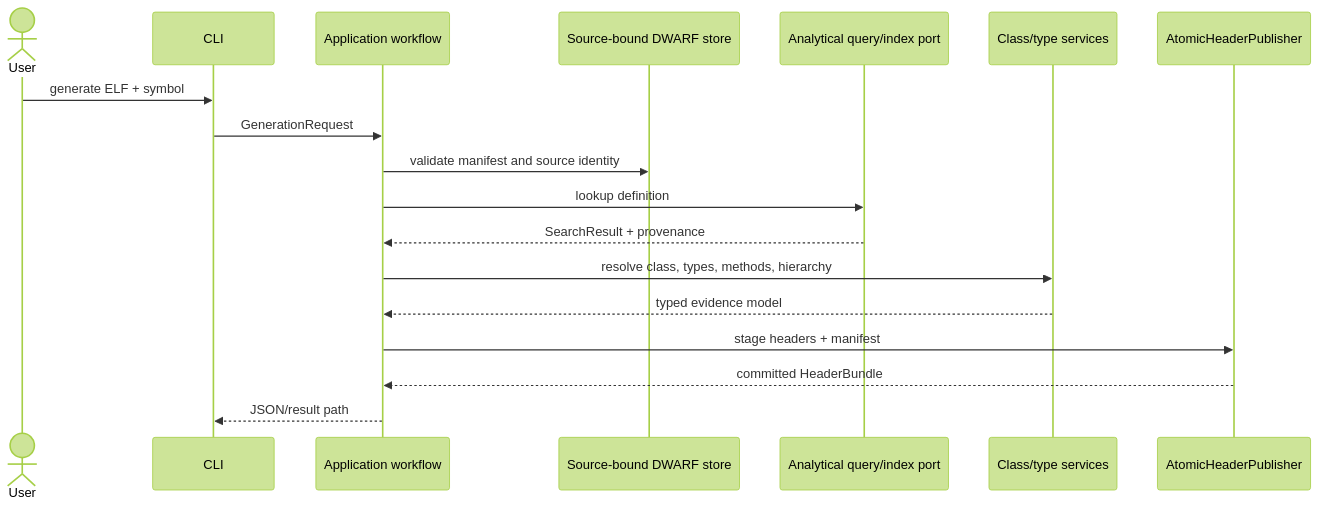
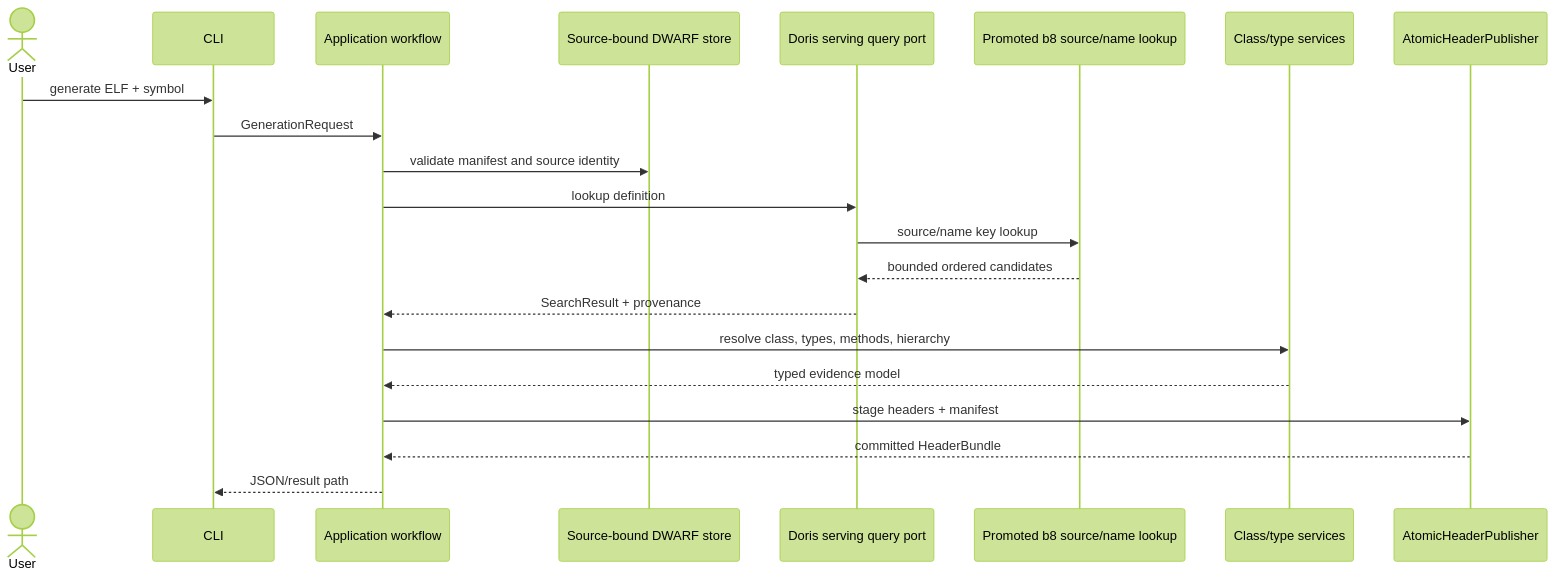
The first of 2 diagrams in docs/explanation/architecture/runtime.md (ddon-research/ddon-dwarf-reconstructor), drawn with Mermaid (forest theme) before and after one commit. The commit also changed other lines of this file and 55 other files, not shown here.

````diff
--- a/docs/explanation/architecture/runtime.md
+++ b/docs/explanation/architecture/runtime.md
@@ -5,21 +5,24 @@
 ```mermaid
 sequenceDiagram
     actor User
     participant CLI
     participant Workflow as Application workflow
     participant Store as Source-bound DWARF store
-    participant Index as Analytical query/index port
+    participant Index as Doris serving query port
+    participant Lookup as Promoted b8 source/name lookup
     participant Parser as Class/type services
     participant Publisher as AtomicHeaderPublisher
 
     User->>CLI: generate ELF + symbol
     CLI->>Workflow: GenerationRequest
     Workflow->>Store: validate manifest and source identity
     Workflow->>Index: lookup definition
+    Index->>Lookup: source/name key lookup
+    Lookup-->>Index: bounded ordered candidates
     Index-->>Workflow: SearchResult + provenance
     Workflow->>Parser: resolve class, types, methods, hierarchy
     Parser-->>Workflow: typed evidence model
     Workflow->>Publisher: stage headers + manifest
     Publisher-->>Workflow: committed HeaderBundle
     Workflow-->>CLI: JSON/result path
 ```
````
